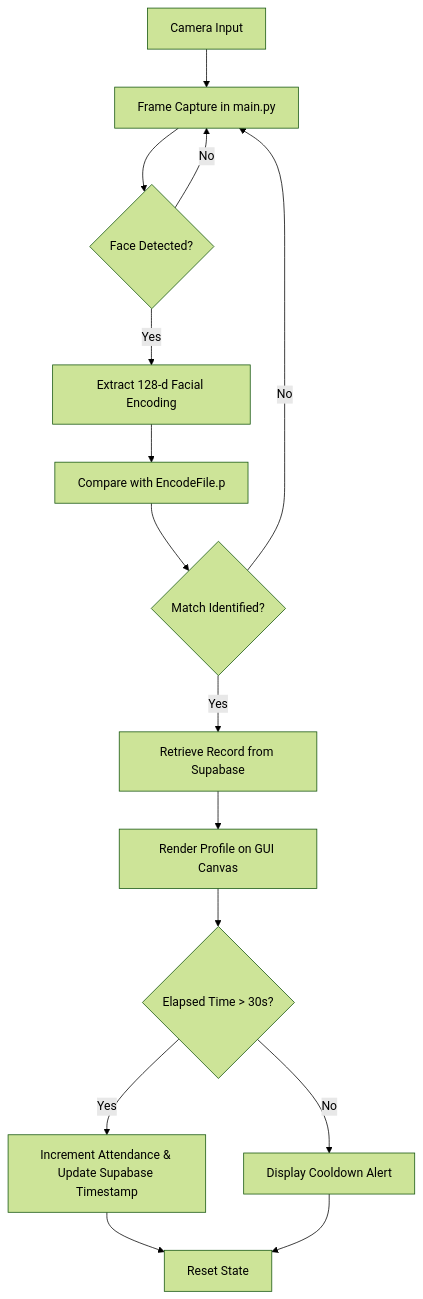
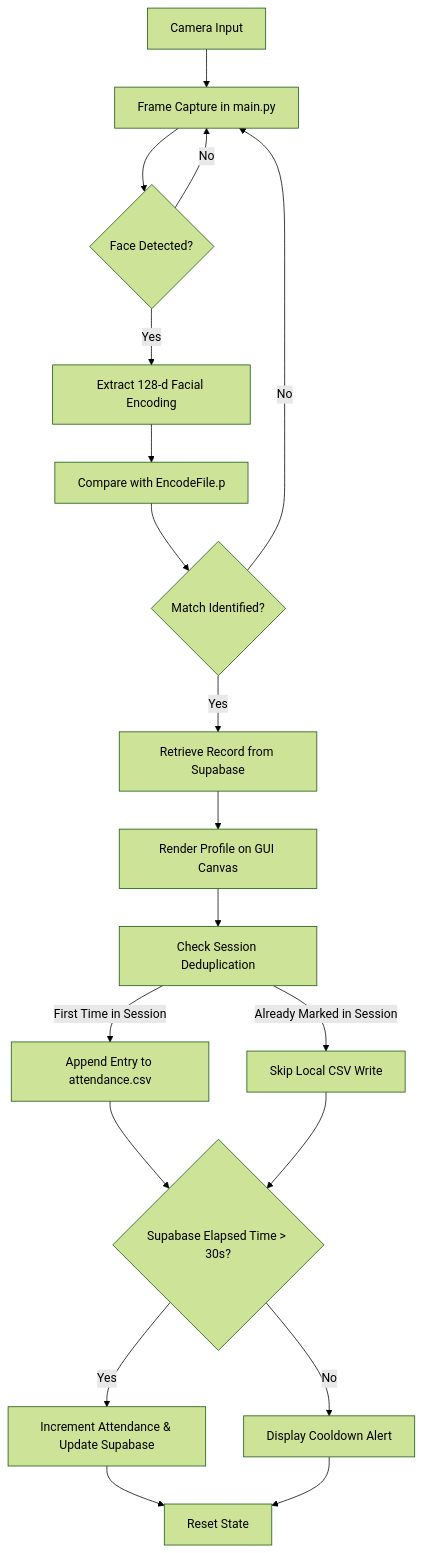
One commit to 290Priyansh/FaceID-Attendance-System changed the diagram in README.md. Above: the diagram before and after it, drawn with Mermaid (forest theme). The commit also changed other lines of this file, not shown here.

First line of the commit message:
Enhance README with MediaPipe and CSV logging details

````diff
--- a/README.md
+++ b/README.md
@@ -120,17 +155,21 @@
 ```mermaid
 flowchart TD
     A[Camera Input] --> B[Frame Capture in main.py]
     B --> C{Face Detected?}
     C -- No --> B
     C -- Yes --> D[Extract 128-d Facial Encoding]
     D --> E[Compare with EncodeFile.p]
     E --> F{Match Identified?}
     F -- No --> B
     F -- Yes --> G[Retrieve Record from Supabase]
     G --> H[Render Profile on GUI Canvas]
-    H --> I{Elapsed Time > 30s?}
-    I -- Yes --> J[Increment Attendance & Update Supabase Timestamp]
-    I -- No --> K[Display Cooldown Alert]
-    J --> L[Reset State]
+    H --> I[Check Session Deduplication]
+    I -- First Time in Session --> J[Append Entry to attendance.csv]
+    I -- Already Marked in Session --> K[Skip Local CSV Write]
+    J --> L{Supabase Elapsed Time > 30s?}
     K --> L
+    L -- Yes --> M[Increment Attendance & Update Supabase]
+    L -- No --> N[Display Cooldown Alert]
+    M --> O[Reset State]
+    N --> O
 ```
````
